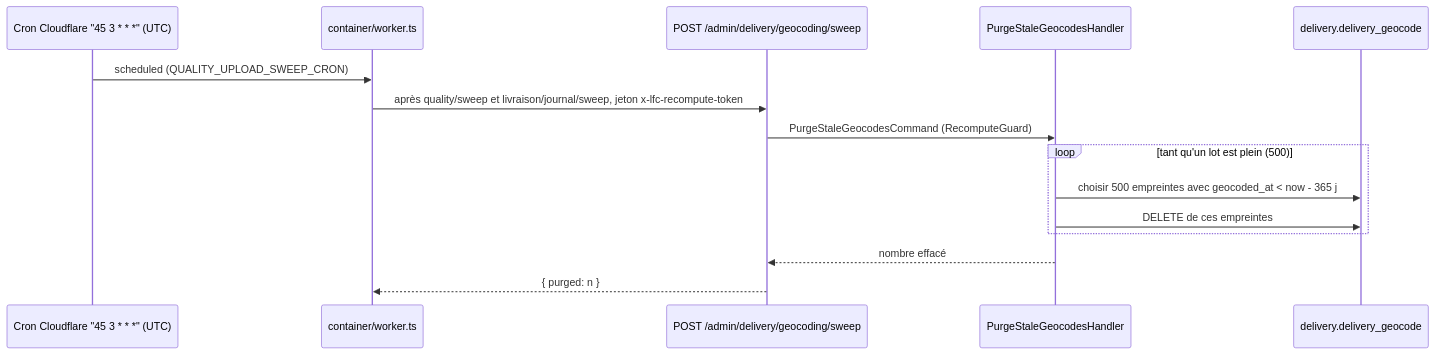
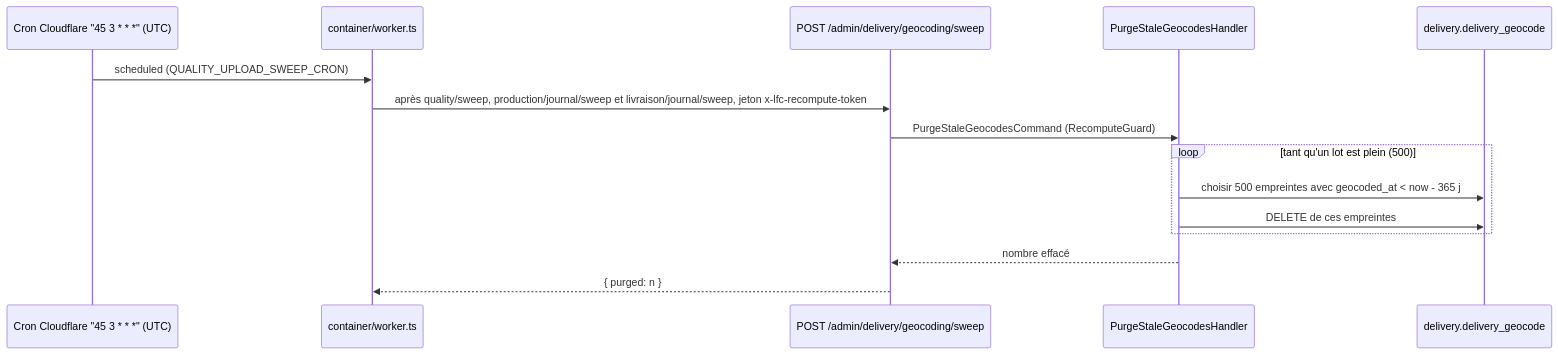
Before and after one commit to hugoheynard/lfd: the diagram in documentation/legal/rgpd-purge-du-geocodage.md, drawn with Mermaid. The commit also changed 22 other files, not shown here.

````diff
--- a/documentation/legal/rgpd-purge-du-geocodage.md
+++ b/documentation/legal/rgpd-purge-du-geocodage.md
@@ -50,17 +50,17 @@
 ```mermaid
 sequenceDiagram
     participant CF as Cron Cloudflare "45 3 * * *" (UTC)
     participant W as container/worker.ts
     participant API as POST /admin/delivery/geocoding/sweep
     participant H as PurgeStaleGeocodesHandler
     participant DB as delivery.delivery_geocode
     CF->>W: scheduled (QUALITY_UPLOAD_SWEEP_CRON)
-    W->>API: après quality/sweep et livraison/journal/sweep, jeton x-lfc-recompute-token
+    W->>API: après quality/sweep, production/journal/sweep et livraison/journal/sweep, jeton x-lfc-recompute-token
     API->>H: PurgeStaleGeocodesCommand (RecomputeGuard)
     loop tant qu'un lot est plein (500)
         H->>DB: choisir 500 empreintes avec geocoded_at < now - 365 j
         H->>DB: DELETE de ces empreintes
     end
     H-->>API: nombre effacé
     API-->>W: { purged: n }
 ```
````
